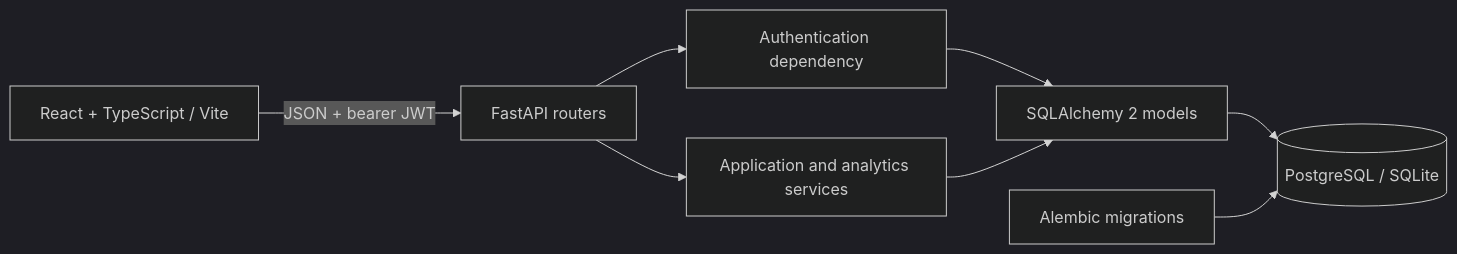
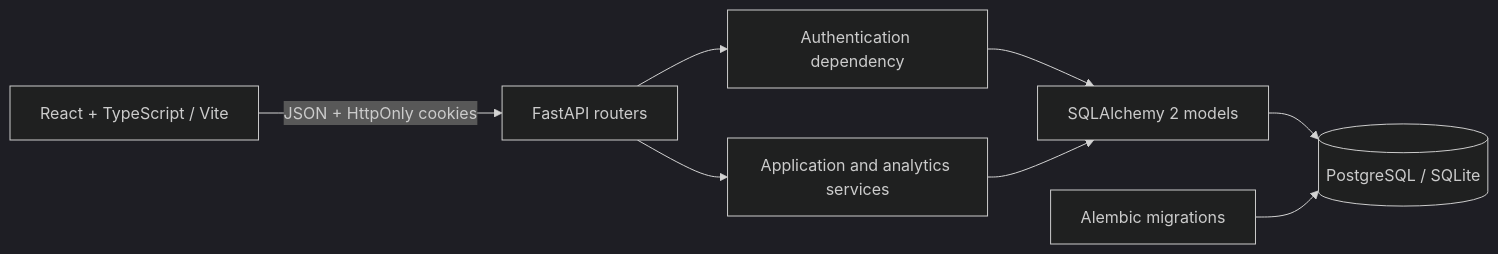
One commit to ADAMDEV01/applyboard changed the first of 2 diagrams in README.md. Above: the diagram before and after it, drawn with Mermaid (dark theme). The commit also changed other lines of this file, not shown here.

Commit message:
docs: update API examples for HttpOnly cookie authentication

````diff
--- a/README.md
+++ b/README.md
@@ -20,10 +20,10 @@
 ```mermaid
 flowchart LR
-    Browser[React + TypeScript / Vite] -->|JSON + bearer JWT| API[FastAPI routers]
+    Browser[React + TypeScript / Vite] -->|JSON + HttpOnly cookies| API[FastAPI routers]
     API --> Auth[Authentication dependency]
     API --> Services[Application and analytics services]
     Auth --> Models[SQLAlchemy 2 models]
     Services --> Models
     Models --> DB[(PostgreSQL / SQLite)]
     Migration[Alembic migrations] --> DB
 ```
````
